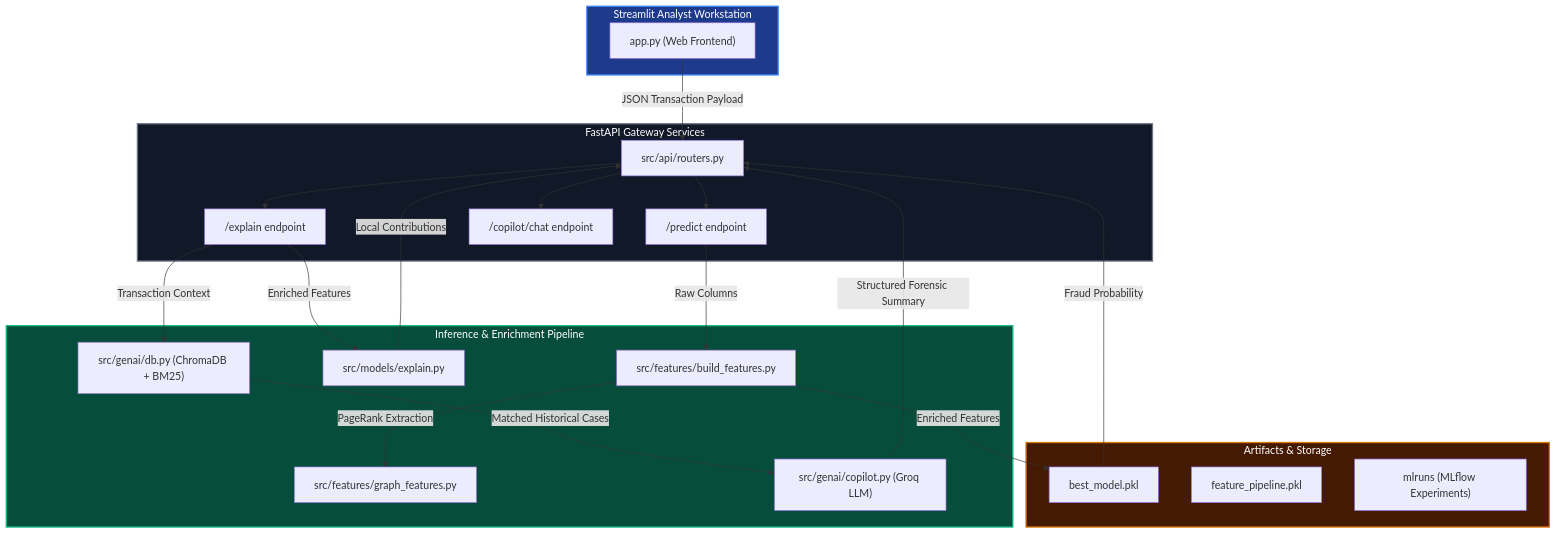
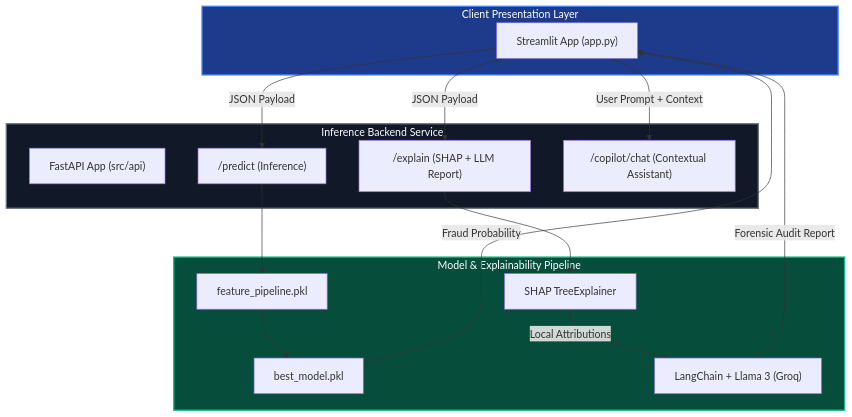
The diagram in README.md (Naniyarram/online-payments-fraud-detection-system), drawn with Mermaid before and after one commit. The commit also changed other lines of this file, not shown here.

````diff
--- a/README.md
+++ b/README.md
@@ -57,48 +38,36 @@
 ```mermaid
 flowchart TD
-    subgraph Client ["Streamlit Analyst Workstation"]
-        UI["app.py (Web Frontend)"]
+    subgraph UI ["Client Presentation Layer"]
+        Dashboard["Streamlit App (app.py)"]
     end
 
-    subgraph API ["FastAPI Gateway Services"]
-        Router["src/api/routers.py"]
-        Predict["/predict endpoint"]
-        Explain["/explain endpoint"]
-        Copilot["/copilot/chat endpoint"]
+    subgraph Service ["Inference Backend Service"]
+        API["FastAPI App (src/api)"]
+        PredictRoute["/predict (Inference)"]
+        ExplainRoute["/explain (SHAP + LLM Report)"]
+        ChatRoute["/copilot/chat (Contextual Assistant)"]
     end
 
-    subgraph Pipeline ["Inference & Enrichment Pipeline"]
-        PipelineF["src/features/build_features.py"]
-        GraphF["src/features/graph_features.py"]
-        SHAP_Engine["src/models/explain.py"]
-        HybridDB["src/genai/db.py (ChromaDB + BM25)"]
-        Groq_Copilot["src/genai/copilot.py (Groq LLM)"]
+    subgraph Pipeline ["Model & Explainability Pipeline"]
+        PipelineObj["feature_pipeline.pkl"]
+        ScikitModel["best_model.pkl"]
+        SHAPEngine["SHAP TreeExplainer"]
+        LangChainPipeline["LangChain + Llama 3 (Groq)"]
     end
 
-    subgraph Storage ["Artifacts & Storage"]
-        XGB_Model["best_model.pkl"]
-        Feat_Pipe["feature_pipeline.pkl"]
-        MLflow["mlruns (MLflow Experiments)"]
-    end
+    Dashboard -->|JSON Payload| PredictRoute
+    Dashboard -->|JSON Payload| ExplainRoute
+    Dashboard -->|User Prompt + Context| ChatRoute
 
-    UI -->|JSON Transaction Payload| Router
-    Router --> Predict
-    Router --> Explain
-    Router --> Copilot
+    PredictRoute --> PipelineObj
+    PipelineObj --> ScikitModel
+    ScikitModel -->|Fraud Probability| Dashboard
 
-    Predict -->|Raw Columns| PipelineF
-    PipelineF -->|PageRank Extraction| GraphF
-    PipelineF -->|Enriched Features| XGB_Model
-    XGB_Model -->|Fraud Probability| Router
+    ExplainRoute --> SHAPEngine
+    SHAPEngine -->|Local Attributions| LangChainPipeline
+    LangChainPipeline -->|Forensic Audit Report| Dashboard
 
-    Explain -->|Enriched Features| SHAP_Engine
-    SHAP_Engine -->|Local Contributions| Router
-    Explain -->|Transaction Context| HybridDB
-    HybridDB -->|Matched Historical Cases| Groq_Copilot
-    Groq_Copilot -->|Structured Forensic Summary| Router
-
-    style Client fill:#1e3a8a,stroke:#3b82f6,stroke-width:2px,color:#fff
-    style API fill:#111827,stroke:#6b7280,stroke-width:2px,color:#fff
+    style UI fill:#1e3a8a,stroke:#3b82f6,stroke-width:2px,color:#fff
+    style Service fill:#111827,stroke:#6b7280,stroke-width:2px,color:#fff
     style Pipeline fill:#064e3b,stroke:#10b981,stroke-width:2px,color:#fff
-    style Storage fill:#451a03,stroke:#d97706,stroke-width:2px,color:#fff
 ```
````
